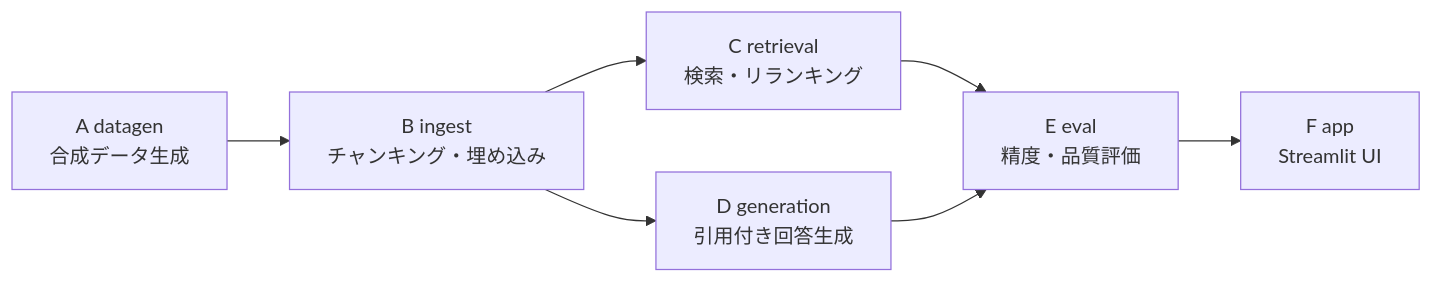
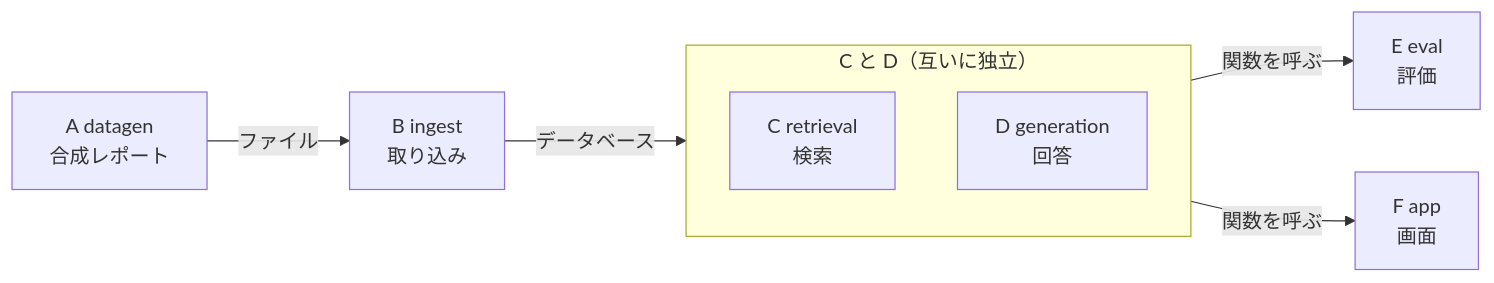
Before and after one commit to satoshi-abe-dev/silo-rag: the second of 3 diagrams in README_ja.md, drawn with Mermaid. The commit also changed other lines of this file and 1 other file, not shown here.

````diff
--- a/README_ja.md
+++ b/README_ja.md
@@ -125,9 +199,11 @@
 ```mermaid
 graph LR
-    A["A datagen<br/>合成データ生成"] --> B["B ingest<br/>チャンキング・埋め込み"]
-    B --> C["C retrieval<br/>検索・リランキング"]
-    B --> D["D generation<br/>引用付き回答生成"]
-    C --> E["E eval<br/>精度・品質評価"]
-    D --> E
-    E --> F["F app<br/>Streamlit UI"]
+    A["A datagen<br/>合成レポート"] -->|ファイル| B["B ingest<br/>取り込み"]
+    B -->|データベース| cd
+    subgraph cd["C と D（互いに独立）"]
+        C["C retrieval<br/>検索"]
+        D["D generation<br/>回答"]
+    end
+    cd -->|関数を呼ぶ| E["E eval<br/>評価"]
+    cd -->|関数を呼ぶ| F["F app<br/>画面"]
 ```
````
